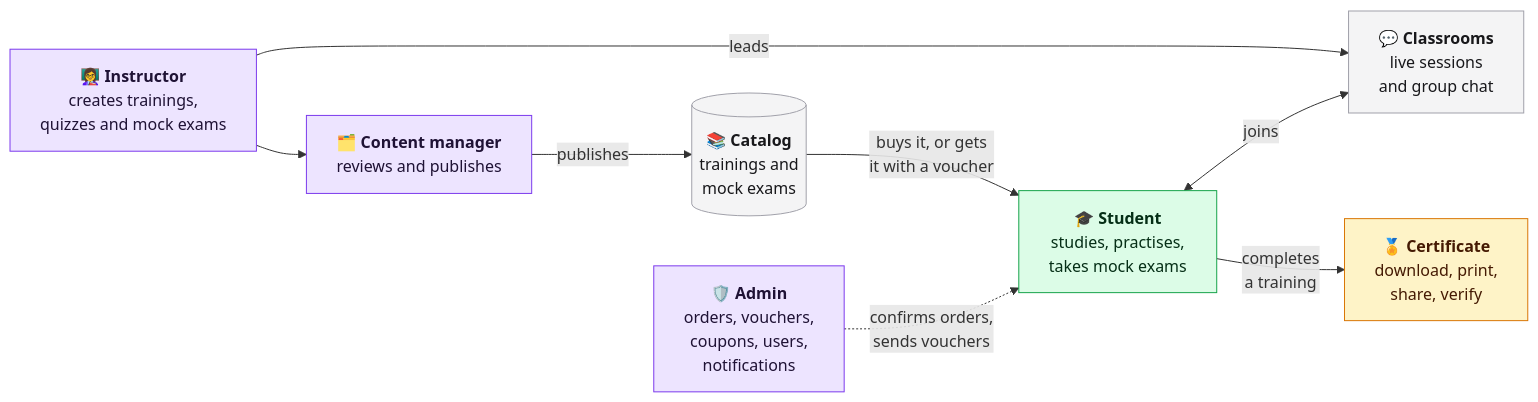
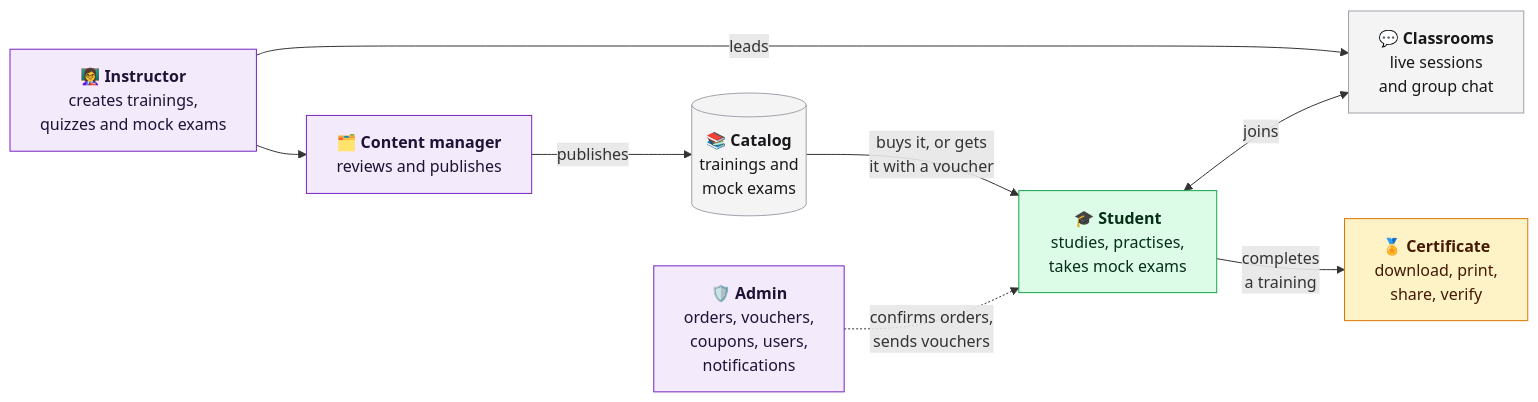
The diagram in index.mdx (THE-TEAM-com-tn/strived-user-guide-docs), drawn with Mermaid before and after one commit. The commit also changed other lines of this file and 34 other files, not shown here.

````diff
--- a/index.mdx
+++ b/index.mdx
@@ -30,27 +30,27 @@
 ```mermaid
 flowchart LR
     INS["👩‍🏫 <b>Instructor</b><br/>creates trainings,<br/>quizzes and mock exams"]
     CM["🗂️ <b>Content manager</b><br/>reviews and publishes"]
     CAT[("📚 <b>Catalog</b><br/>trainings and<br/>mock exams")]
     ADM["🛡️ <b>Admin</b><br/>orders, vouchers,<br/>coupons, users,<br/>notifications"]
     STU["🎓 <b>Student</b><br/>studies, practises,<br/>takes mock exams"]
     CLS["💬 <b>Classrooms</b><br/>live sessions<br/>and group chat"]
     CERT["🏅 <b>Certificate</b><br/>download, print,<br/>share, verify"]
 
     INS --> CM
     CM -->|publishes| CAT
     CAT -->|"buys it, or gets<br/>it with a voucher"| STU
     ADM -.->|"confirms orders,<br/>sends vouchers"| STU
     INS -->|leads| CLS
     STU <-->|joins| CLS
     STU -->|"completes<br/>a training"| CERT
 
-    classDef staff fill:#EDE4FF,stroke:#7C3AED,color:#1F1235
+    classDef staff fill:#F3EAFB,stroke:#7625C2,color:#1F1235
     classDef learner fill:#DCFCE7,stroke:#16A34A,color:#052E16
     classDef thing fill:#F4F4F5,stroke:#A1A1AA,color:#18181B
     classDef award fill:#FEF3C7,stroke:#D97706,color:#451A03
     class INS,CM,ADM staff
     class STU learner
     class CAT,CLS thing
     class CERT award
 ```
````
